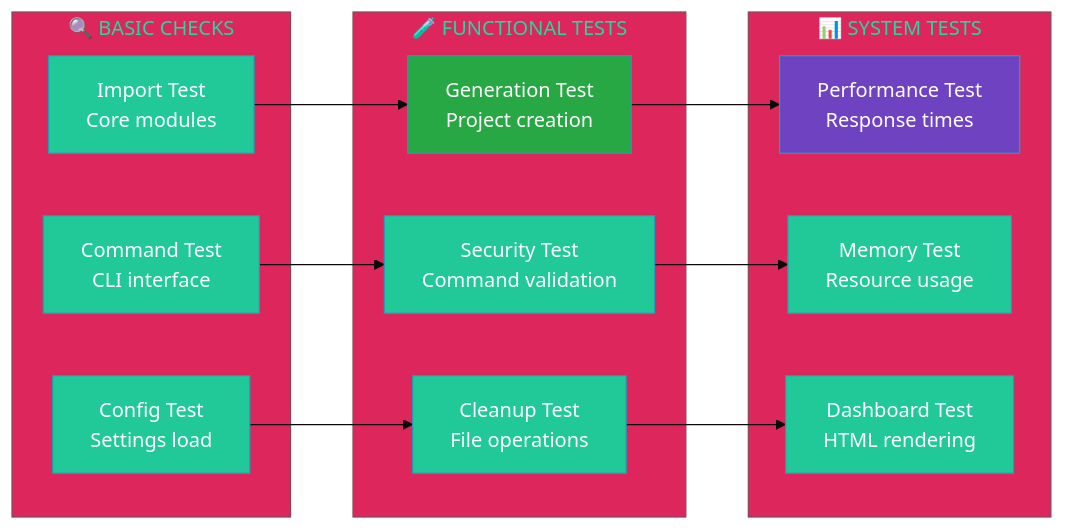
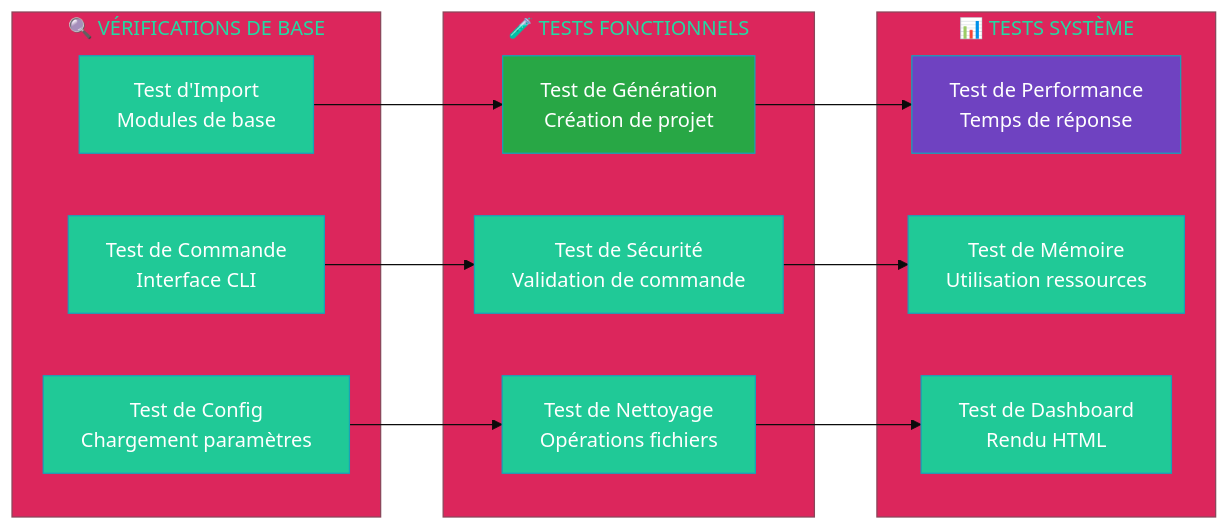
Before and after one commit to arkalia-luna-system/ia-pipeline: the sixth of 9 diagrams in docs/USER_GUIDES/INSTALLATION.md, drawn with Mermaid. The commit also changed other lines of this file and 8 other files, not shown here.

Commit message:
docs: Correction et mise à jour de 5 rapports de corrections et plans - Dates mises à jour au 14 août 2025 - Standards professionnels appliqués - Rapports de performance, tests et audit mis à jour - Documentation complète et validée

````diff
--- a/docs/USER_GUIDES/INSTALLATION.md
+++ b/docs/USER_GUIDES/INSTALLATION.md
@@ -236,33 +232,33 @@
 ```mermaid
 %%{init: {'theme':'base', 'themeVariables': { 'primaryColor': '#20c997', 'primaryTextColor': '#fff', 'primaryBorderColor': '#17a2b8'}}}%%
 graph LR
-    subgraph "🔍 BASIC CHECKS"
-        IMPORT[Import Test<br/>Core modules]
-        CMD[Command Test<br/>CLI interface]
-        CONFIG[Config Test<br/>Settings load]
+    subgraph "🔍 VÉRIFICATIONS DE BASE"
+        IMPORT[Test d'Import<br/>Modules de base]
+        CMD[Test de Commande<br/>Interface CLI]
+        CONFIG[Test de Config<br/>Chargement paramètres]
     end
     
-    subgraph "🧪 FUNCTIONAL TESTS"
-        GEN[Generation Test<br/>Project creation]
-        SEC[Security Test<br/>Command validation]
-        CLEAN[Cleanup Test<br/>File operations]
+    subgraph "🧪 TESTS FONCTIONNELS"
+        GEN[Test de Génération<br/>Création de projet]
+        SEC[Test de Sécurité<br/>Validation de commande]
+        CLEAN[Test de Nettoyage<br/>Opérations fichiers]
     end
     
-    subgraph "📊 SYSTEM TESTS"
-        PERF[Performance Test<br/>Response times]
-        MEM[Memory Test<br/>Resource usage]
-        DASH[Dashboard Test<br/>HTML rendering]
+    subgraph "📊 TESTS SYSTÈME"
+        PERF[Test de Performance<br/>Temps de réponse]
+        MEM[Test de Mémoire<br/>Utilisation ressources]
+        DASH[Test de Dashboard<br/>Rendu HTML]
     end
     
     IMPORT --> GEN
     CMD --> SEC
     CONFIG --> CLEAN
     
     GEN --> PERF
     SEC --> MEM
     CLEAN --> DASH
     
     style IMPORT fill:#20c997
     style GEN fill:#28a745
     style PERF fill:#6f42c1
 ```
````
